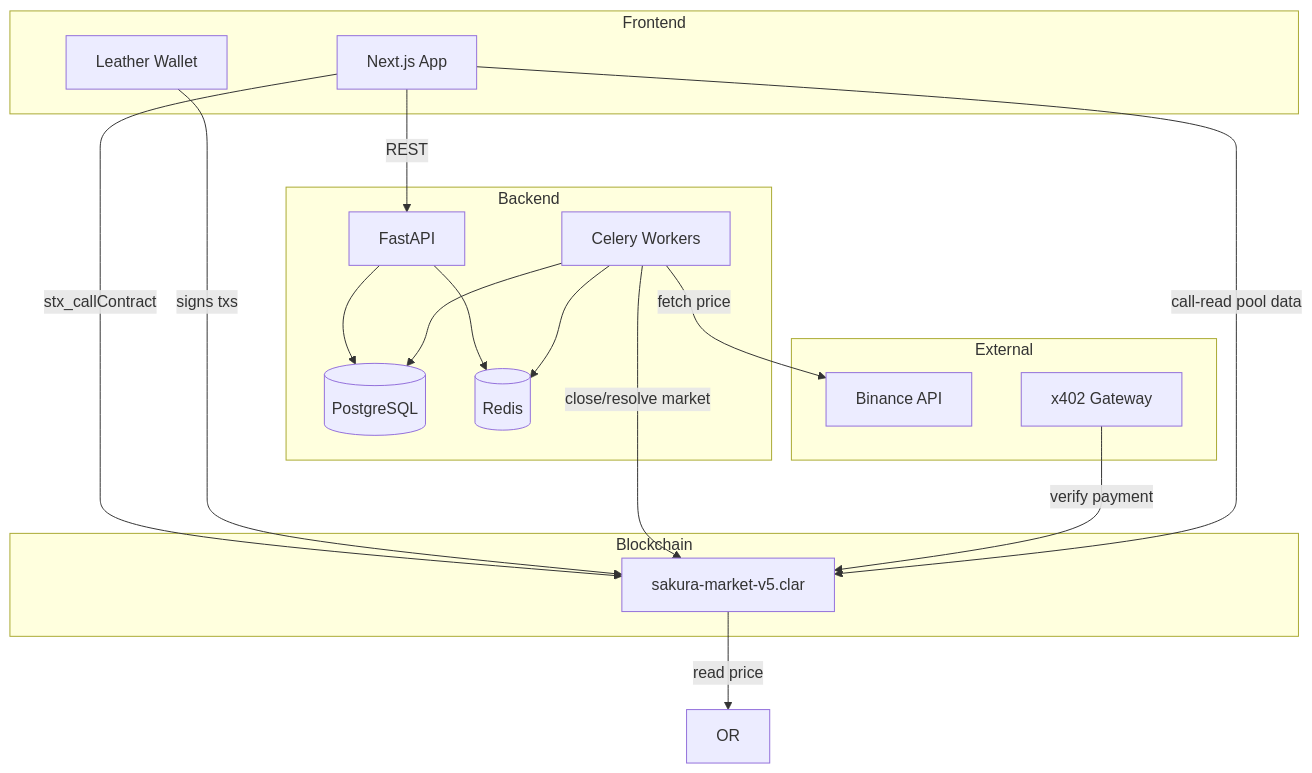
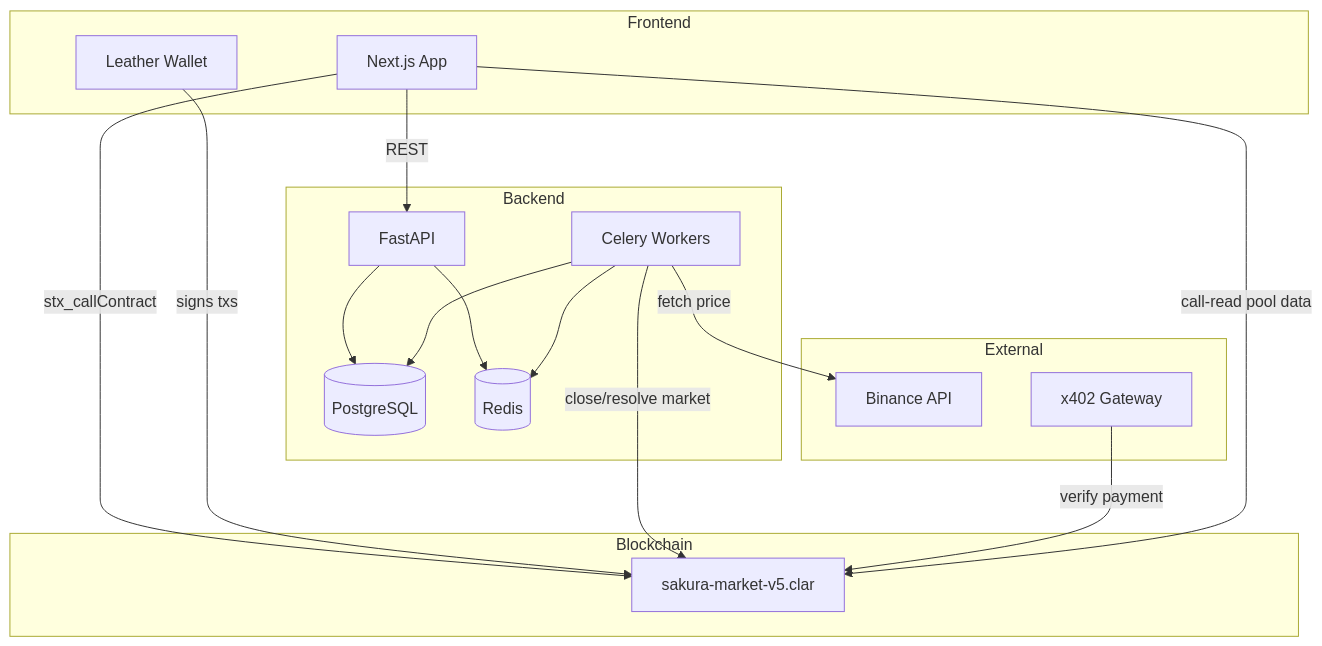
One commit to SheldonNg99/sakura-beta changed the first of 5 diagrams in README.md. Above: the diagram before and after it, drawn with Mermaid.

````diff
--- a/README.md
+++ b/README.md
@@ -26,36 +26,35 @@
 ```mermaid
 graph TB
     subgraph "Frontend"
         UI[Next.js App]
         LW[Leather Wallet]
     end
 
     subgraph "Backend"
         API[FastAPI]
         CW[Celery Workers]
         PG[(PostgreSQL)]
         RD[(Redis)]
     end
 
     subgraph "Blockchain"
         SC[sakura-market-v5.clar]
     end
 
     subgraph "External"
         BN[Binance API]
         X4[x402 Gateway]
     end
 
     UI -->|REST| API
     UI -->|stx_callContract| SC
     LW -->|signs txs| SC
     API --> PG
     API --> RD
     CW --> PG
     CW --> RD
     CW -->|close/resolve market| SC
     CW -->|fetch price| BN
-    SC -->|read price| OR
     X4 -->|verify payment| SC
     UI -->|call-read pool data| SC
 ```
````
